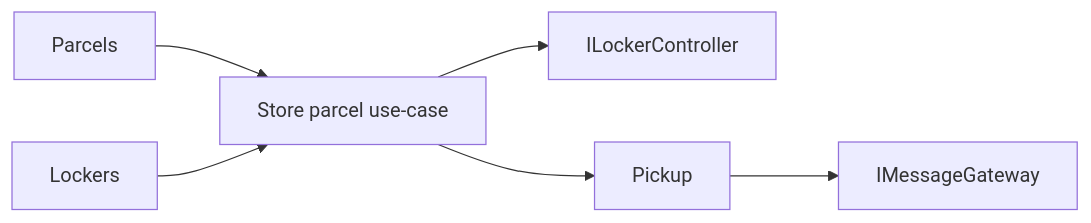
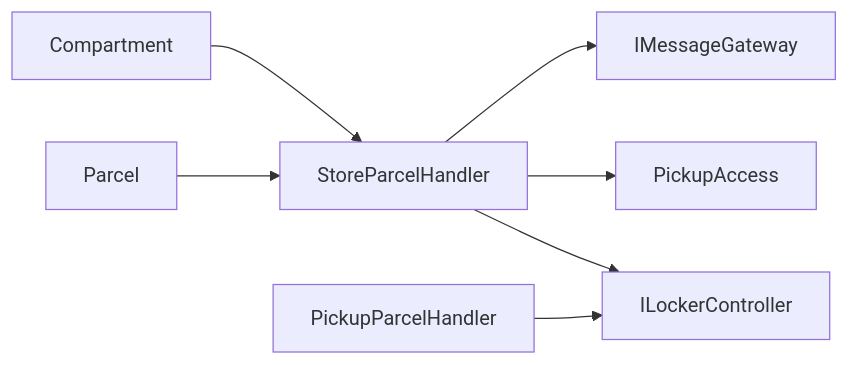
The diagram in docs/architecture.md (owlCoder/reference-parcelbox), drawn with Mermaid before and after one commit. The commit also changed other lines of this file and 1 other file, not shown here.

Commit message:
docs: align architecture guide with typed domain errors

````diff
--- a/docs/architecture.md
+++ b/docs/architecture.md
@@ -96,8 +140,9 @@
 ```mermaid
 flowchart LR
-    Parcels --> StoreUseCase[Store parcel use-case]
-    Lockers --> StoreUseCase
-    StoreUseCase --> LockerPort[ILockerController]
-    StoreUseCase --> Pickup
-    Pickup --> MessagePort[IMessageGateway]
+    Parcel[Parcel] --> Store[StoreParcelHandler]
+    Compartment[Compartment] --> Store
+    Store --> LockerPort[ILockerController]
+    Store --> PickupAccess[PickupAccess]
+    Store --> MessagePort[IMessageGateway]
+    Pickup[PickupParcelHandler] --> LockerPort
 ```
````
